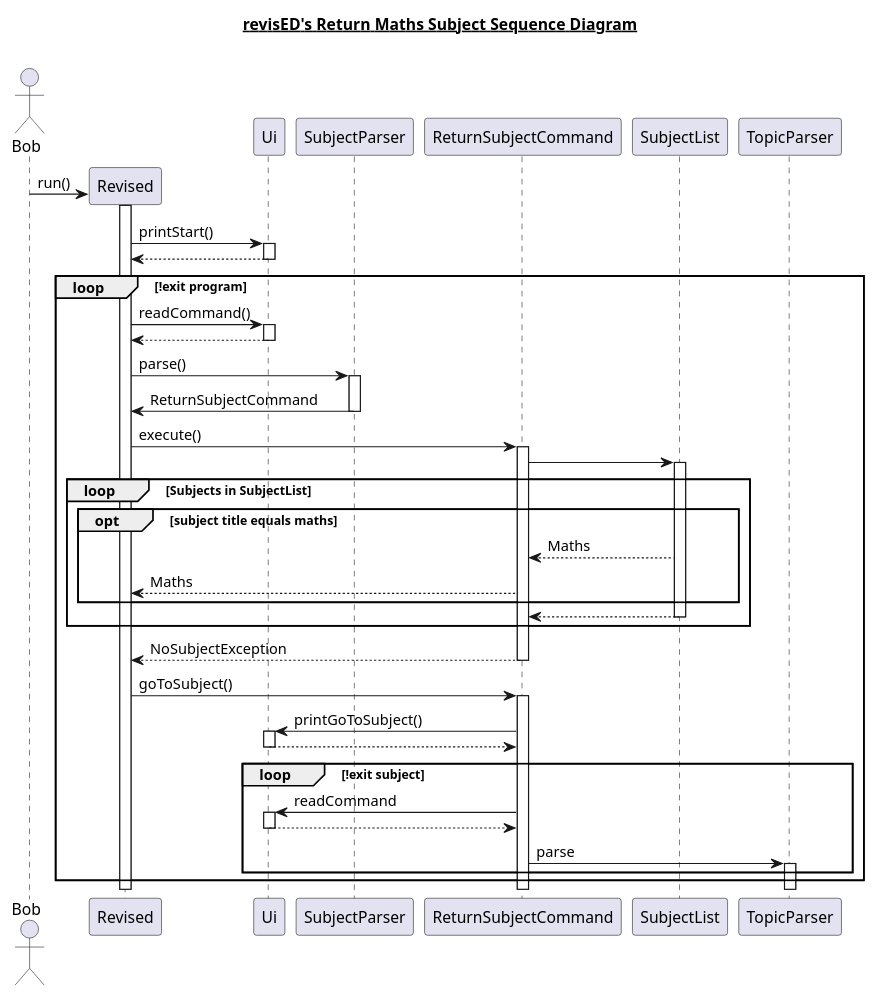
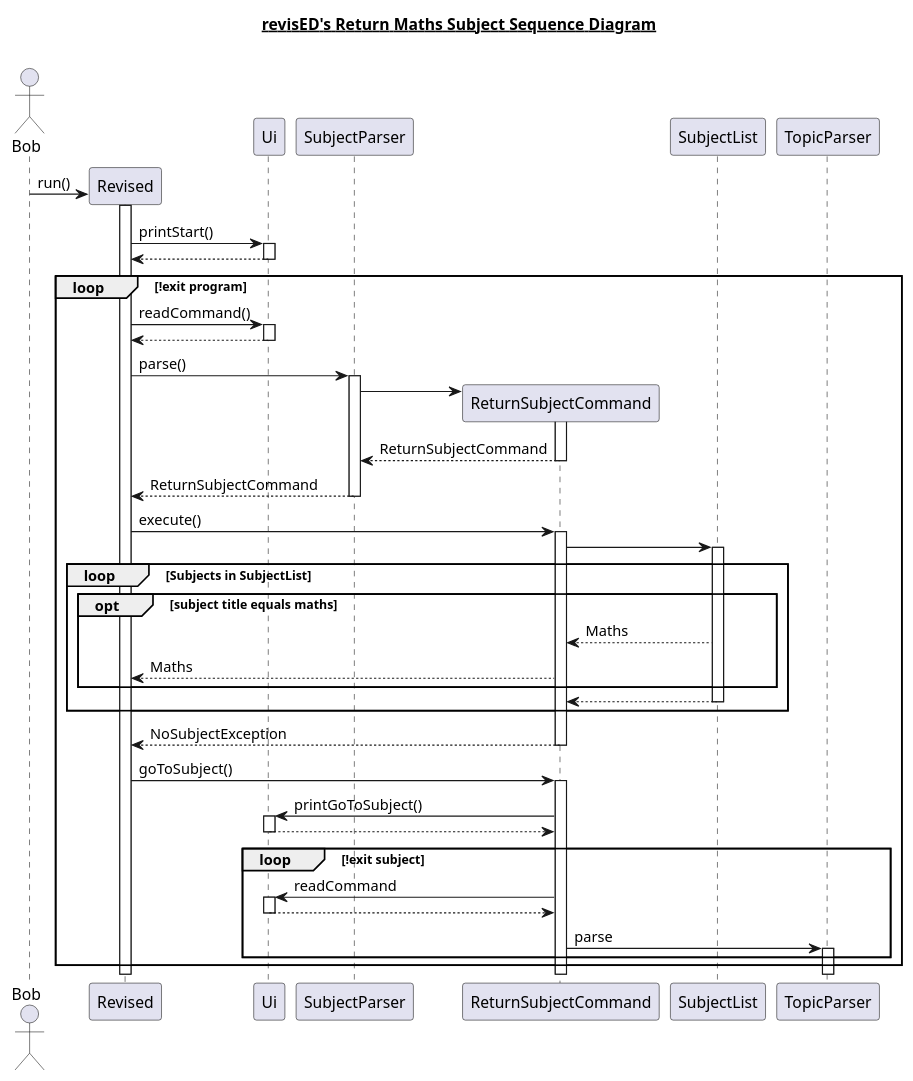
One commit to nus-cs2113-AY2021S1/tp changed the diagram in ReturnSubjectSequenceDiagram.puml. Above: the diagram before and after it, drawn with PlantUML. The commit also changed 1 other file, not shown here.

Commit message:
Add sequence diagram to access Math Subject corrected errors in sequence diagrams

```diff
--- a/ReturnSubjectSequenceDiagram.puml
+++ b/ReturnSubjectSequenceDiagram.puml
@@ -1,38 +1,36 @@
 @startuml
 title __revisED's Return Maths Subject Sequence Diagram__\n
 
 actor Bob
-Bob -> Revised** : run()
+Bob -> Revised ** : run()
 activate Revised
-
-Revised -> Ui : printStart()
-activate Ui
+Revised -> Ui ++ : printStart()
 Ui --> Revised --
 loop !exit program
-Revised -> Ui : readCommand()
-activate Ui
+Revised -> Ui ++ : readCommand()
 Ui --> Revised --
-Revised -> SubjectParser : parse()
-activate SubjectParser
-SubjectParser -> Revised-- : ReturnSubjectCommand
-Revised -> ReturnSubjectCommand : execute()
+Revised -> SubjectParser ++ : parse()
+SubjectParser -> ReturnSubjectCommand **
 activate ReturnSubjectCommand
+ReturnSubjectCommand --> SubjectParser -- : ReturnSubjectCommand
+SubjectParser --> Revised-- : ReturnSubjectCommand
+Revised -> ReturnSubjectCommand ++ : execute()
 ReturnSubjectCommand -> SubjectList ++
 loop Subjects in SubjectList
 opt subject title equals maths
 SubjectList --> ReturnSubjectCommand : Maths
 ReturnSubjectCommand --> Revised : Maths
 end
 SubjectList --> ReturnSubjectCommand --
 end
 ReturnSubjectCommand --> Revised -- : NoSubjectException
 Revised -> ReturnSubjectCommand ++ : goToSubject()
 ReturnSubjectCommand -> Ui ++ : printGoToSubject()
 Ui --> ReturnSubjectCommand --
 loop  !exit subject
 ReturnSubjectCommand -> Ui ++ : readCommand
 Ui --> ReturnSubjectCommand --
 ReturnSubjectCommand -> TopicParser++ : parse
 end
 end
 @enduml
```
